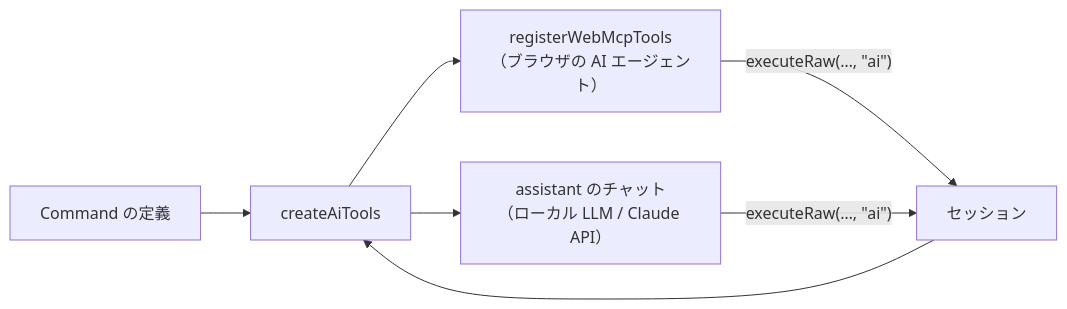
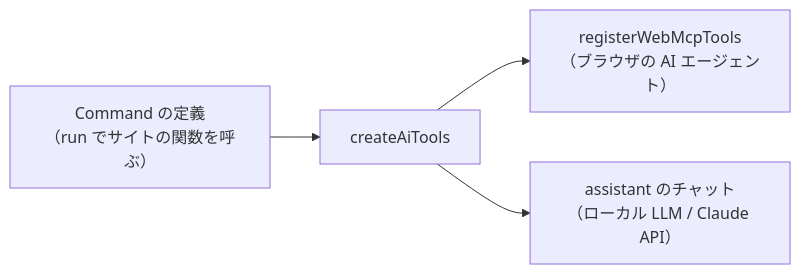
The diagram in docs/ai-tools.md (fujibayashi-ast/ai-friendly), drawn with Mermaid before and after one commit. The commit also changed other lines of this file and 19 other files, not shown here.

````diff
--- a/docs/ai-tools.md
+++ b/docs/ai-tools.md
@@ -5,9 +5,6 @@
 ```mermaid
 flowchart LR
-  Defs["Command の定義"] --> Tools["createAiTools"]
-  Session["セッション"] --> Tools
+  Defs["Command の定義<br>（run でサイトの関数を呼ぶ）"] --> Tools["createAiTools"]
   Tools --> WebMCP["registerWebMcpTools<br>（ブラウザの AI エージェント）"]
   Tools --> Chat["assistant のチャット<br>（ローカル LLM / Claude API）"]
-  WebMCP -- "executeRaw(…, &quot;ai&quot;)" --> Session
-  Chat -- "executeRaw(…, &quot;ai&quot;)" --> Session
 ```
````
